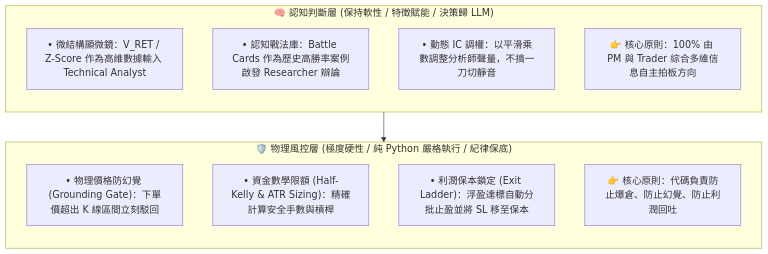
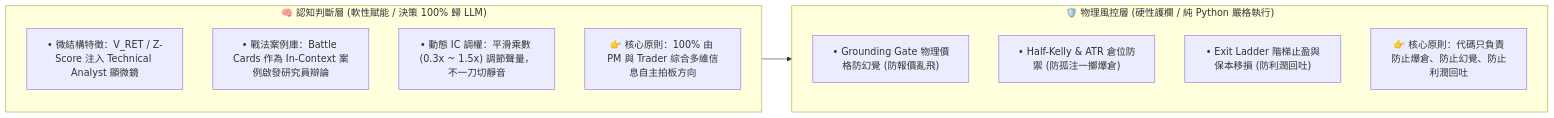
The second of 5 diagrams in docs/research/vbt-harvested-alpha-expansion-plan.md (dimx9173/vibe-trading-encyc), drawn with Mermaid before and after one commit. The commit also changed other lines of this file, not shown here.

````diff
--- a/docs/research/vbt-harvested-alpha-expansion-plan.md
+++ b/docs/research/vbt-harvested-alpha-expansion-plan.md
@@ -30,20 +67,20 @@
 ```mermaid
-flowchart TD
-    subgraph Soft_Layer ["🧠 認知判斷層 (保持軟性 / 特徵賦能 / 決策歸 LLM)"]
+flowchart LR
+    subgraph Soft_Layer ["🧠 認知判斷層 (軟性賦能 / 決策 100% 歸 LLM)"]
         direction TB
-        F1["• 微結構顯微鏡：V_RET / Z-Score 作為高維數據輸入 Technical Analyst"]
-        F2["• 認知戰法庫：Battle Cards 作為歷史高勝率案例啟發 Researcher 辯論"]
-        F3["• 動態 IC 調權：以平滑乘數調整分析師聲量，不搞一刀切靜音"]
+        F1["• 微結構特徵：V_RET / Z-Score 注入 Technical Analyst 顯微鏡"]
+        F2["• 戰法案例庫：Battle Cards 作為 In-Context 案例啟發研究員辯論"]
+        F3["• 動態 IC 調權：平滑乘數 (0.3x ~ 1.5x) 調節聲量，不一刀切靜音"]
         F4["👉 核心原則：100% 由 PM 與 Trader 綜合多維信息自主拍板方向"]
     end
 
-    subgraph Hard_Layer ["🛡️ 物理風控層 (極度硬性 / 純 Python 嚴格執行 / 紀律保底)"]
+    subgraph Hard_Layer ["🛡️ 物理風控層 (硬性護欄 / 純 Python 嚴格執行)"]
         direction TB
-        G1["• 物理價格防幻覺 (Grounding Gate)：下單價超出 K 線區間立刻駁回"]
-        G2["• 資金數學限額 (Half-Kelly & ATR Sizing)：精確計算安全手數與槓桿"]
-        G3["• 利潤保本鎖定 (Exit Ladder)：浮盈達標自動分批止盈並將 SL 移至保本"]
-        G4["👉 核心原則：代碼負責防止爆倉、防止幻覺、防止利潤回吐"]
+        G1["• Grounding Gate 物理價格防幻覺 (防報價亂飛)"]
+        G2["• Half-Kelly & ATR 倉位防禦 (防孤注一擲爆倉)"]
+        G3["• Exit Ladder 階梯止盈與保本移損 (防利潤回吐)"]
+        G4["👉 核心原則：代碼只負責防止爆倉、防止幻覺、防止利潤回吐"]
     end
 
     Soft_Layer --> Hard_Layer
 ```
````
